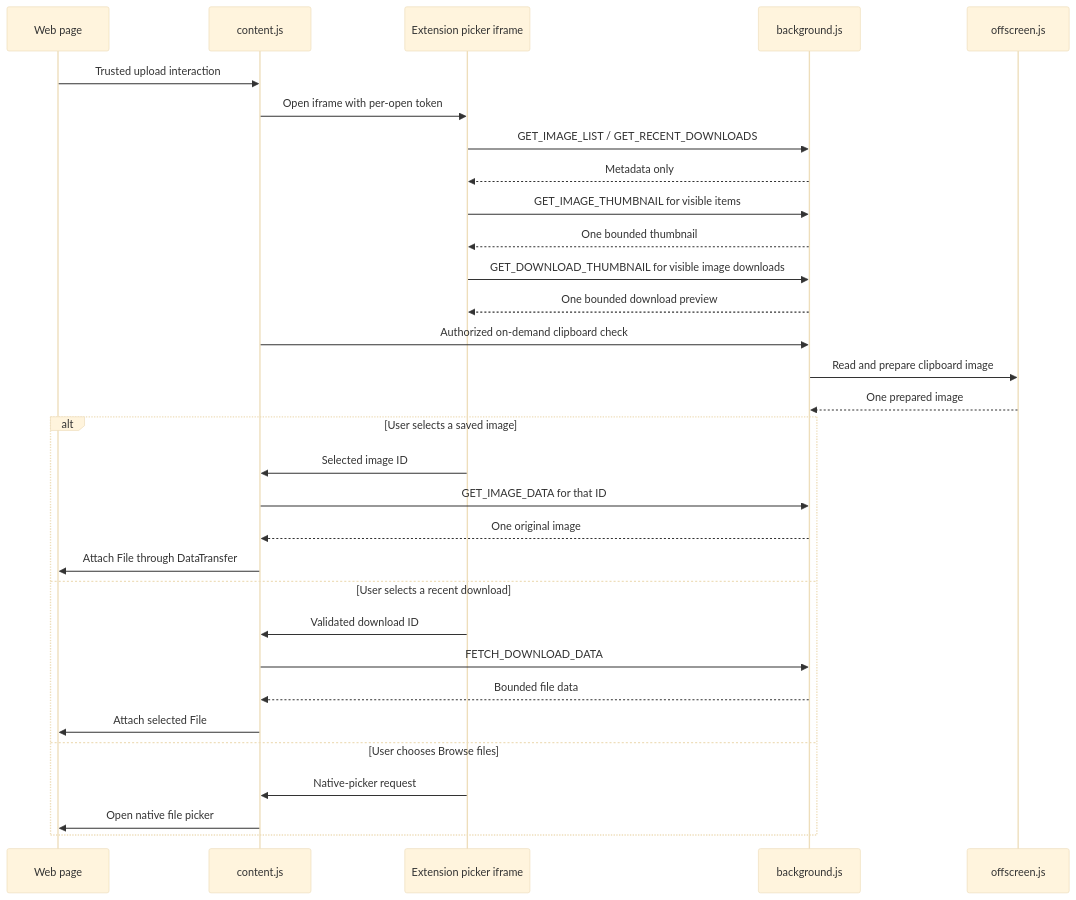
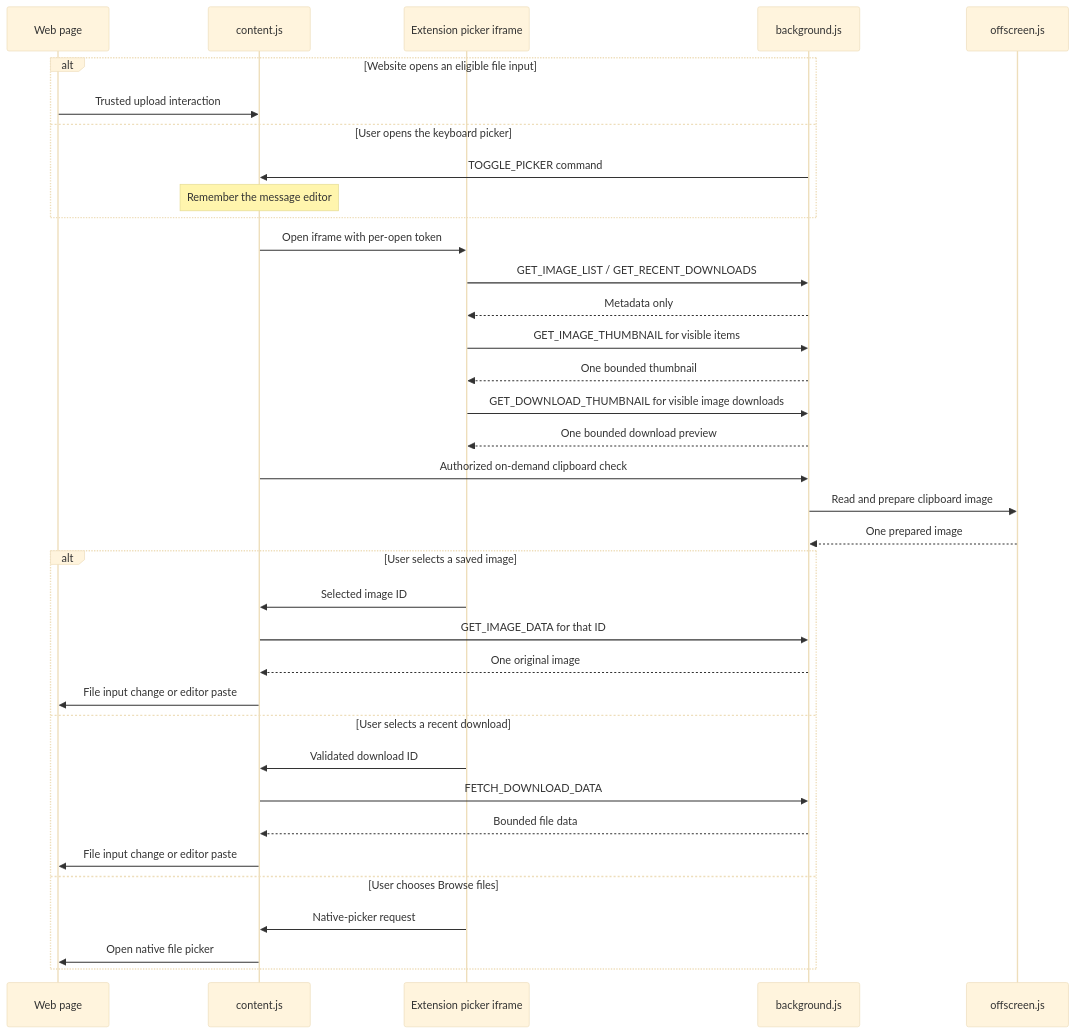
One commit to NourHacibayram/Easy-File-Extension changed the diagram in README.md. Above: the diagram before and after it, drawn with Mermaid (base theme). The commit also changed other lines of this file and 21 other files, not shown here.

````diff
--- a/README.md
+++ b/README.md
@@ -68,35 +86,40 @@
 ```mermaid
 sequenceDiagram
     participant Page as Web page
     participant Host as content.js
     participant Picker as Extension picker iframe
     participant Worker as background.js
     participant Offscreen as offscreen.js
 
-    Page->>Host: Trusted upload interaction
+    alt Website opens an eligible file input
+        Page->>Host: Trusted upload interaction
+    else User opens the keyboard picker
+        Worker->>Host: TOGGLE_PICKER command
+        Note over Host: Remember the message editor
+    end
     Host->>Picker: Open iframe with per-open token
     Picker->>Worker: GET_IMAGE_LIST / GET_RECENT_DOWNLOADS
     Worker-->>Picker: Metadata only
     Picker->>Worker: GET_IMAGE_THUMBNAIL for visible items
     Worker-->>Picker: One bounded thumbnail
     Picker->>Worker: GET_DOWNLOAD_THUMBNAIL for visible image downloads
     Worker-->>Picker: One bounded download preview
     Host->>Worker: Authorized on-demand clipboard check
     Worker->>Offscreen: Read and prepare clipboard image
     Offscreen-->>Worker: One prepared image
 
     alt User selects a saved image
         Picker->>Host: Selected image ID
         Host->>Worker: GET_IMAGE_DATA for that ID
         Worker-->>Host: One original image
-        Host->>Page: Attach File through DataTransfer
+        Host->>Page: File input change or editor paste
     else User selects a recent download
         Picker->>Host: Validated download ID
         Host->>Worker: FETCH_DOWNLOAD_DATA
         Worker-->>Host: Bounded file data
-        Host->>Page: Attach selected File
+        Host->>Page: File input change or editor paste
     else User chooses Browse files
         Picker->>Host: Native-picker request
         Host->>Page: Open native file picker
     end
 ```
````
